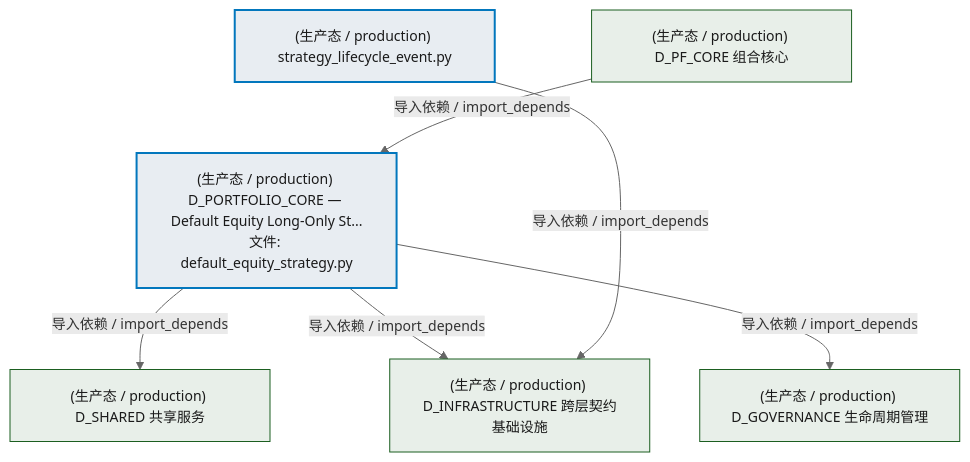
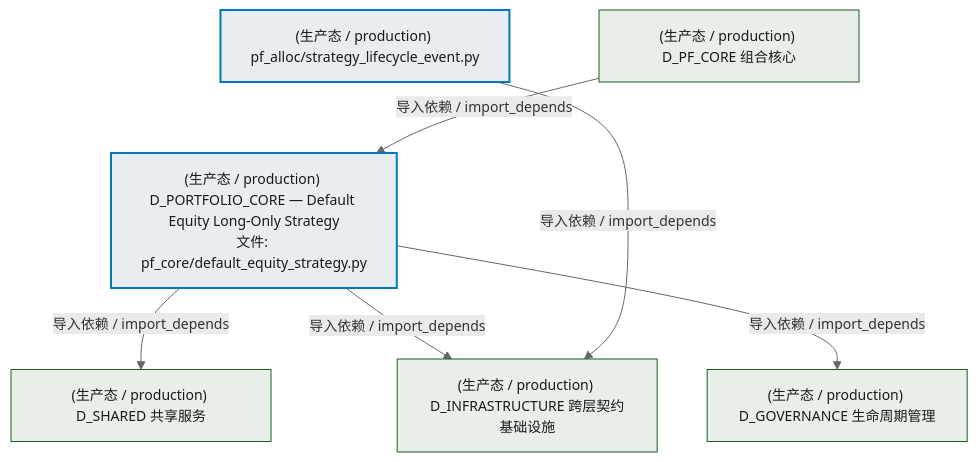
The second of 3 diagrams in docs/02_enterprise_architecture/02_domain_architecture_docs/62_d_pf_alloc.md (xuanFelixVan/ZephyrAlpha), drawn with Mermaid before and after one commit. The commit also changed other lines of this file and 63 other files, not shown here.

````diff
--- a/docs/02_enterprise_architecture/02_domain_architecture_docs/62_d_pf_alloc.md
+++ b/docs/02_enterprise_architecture/02_domain_architecture_docs/62_d_pf_alloc.md
@@ -94,22 +94,22 @@
 ```mermaid
 %%{init: {'theme': 'base', 'themeVariables': {'primaryColor': '#eaeaea', 'primaryTextColor': '#333333', 'primaryBorderColor': '#666666', 'lineColor': '#666666', 'secondaryColor': '#eaeaea', 'tertiaryColor': '#eaeaea', 'fontSize': '14px'}}}%%
 flowchart TD
-    src_zephyr_pf_alloc_strategy_lifecycle_event_py["(生产态 / production) strategy_lifecycle_event.py"]
-    src_zephyr_pf_core_default_equity_strategy_py["(生产态 / production) D_PORTFOLIO_CORE — Default Equity Long-Only St...<br/>文件: default_equity_strategy.py"]
+    src_zephyr_pf_alloc_strategy_lifecycle_event_py["(生产态 / production) pf_alloc/strategy_lifecycle_event.py"]
+    src_zephyr_pf_core_default_equity_strategy_py["(生产态 / production) D_PORTFOLIO_CORE — Default Equity Long-Only Strategy<br/>文件: pf_core/default_equity_strategy.py"]
     src_zephyr_pf_alloc_strategy_lifecycle_event_py ~~~ src_zephyr_pf_core_default_equity_strategy_py
     D_SHARED["(生产态 / production) D_SHARED 共享服务"]
     src_zephyr_pf_core_default_equity_strategy_py -->|导入依赖 / import_depends| D_SHARED
     D_INFRASTRUCTURE["(生产态 / production) D_INFRASTRUCTURE 跨层契约基础设施"]
     src_zephyr_pf_core_default_equity_strategy_py -->|导入依赖 / import_depends| D_INFRASTRUCTURE
     D_GOVERNANCE["(生产态 / production) D_GOVERNANCE 生命周期管理"]
     src_zephyr_pf_core_default_equity_strategy_py -->|导入依赖 / import_depends| D_GOVERNANCE
     src_zephyr_pf_alloc_strategy_lifecycle_event_py -->|导入依赖 / import_depends| D_INFRASTRUCTURE
     D_PF_CORE["(生产态 / production) D_PF_CORE 组合核心"]
     D_PF_CORE -->|导入依赖 / import_depends| src_zephyr_pf_core_default_equity_strategy_py
     classDef production fill:#e8edf2,stroke:#0277bd,stroke-width:2px,color:#1a1a1a
     classDef design fill:#f0ebe3,stroke:#bf360c,stroke-width:2px,color:#1a1a1a,stroke-dasharray: 5 5
     classDef external_prod fill:#e8efe9,stroke:#1b5e20,stroke-width:1px,color:#1a1a1a
     classDef external_design fill:#efe5ea,stroke:#880e4f,stroke-width:1px,color:#1a1a1a,stroke-dasharray: 5 5
     class src_zephyr_pf_alloc_strategy_lifecycle_event_py,src_zephyr_pf_core_default_equity_strategy_py production
     class D_SHARED,D_INFRASTRUCTURE,D_GOVERNANCE,D_PF_CORE external_prod
 ```
````
